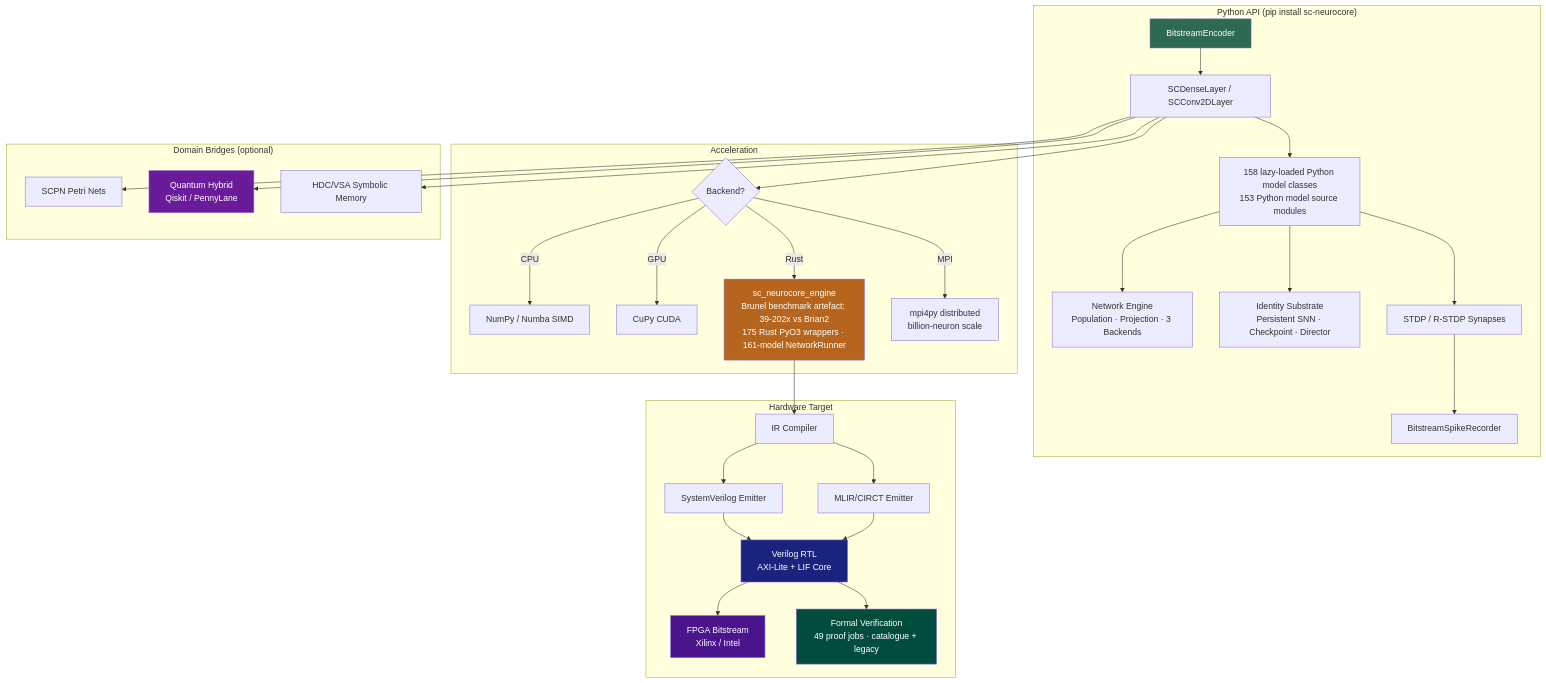
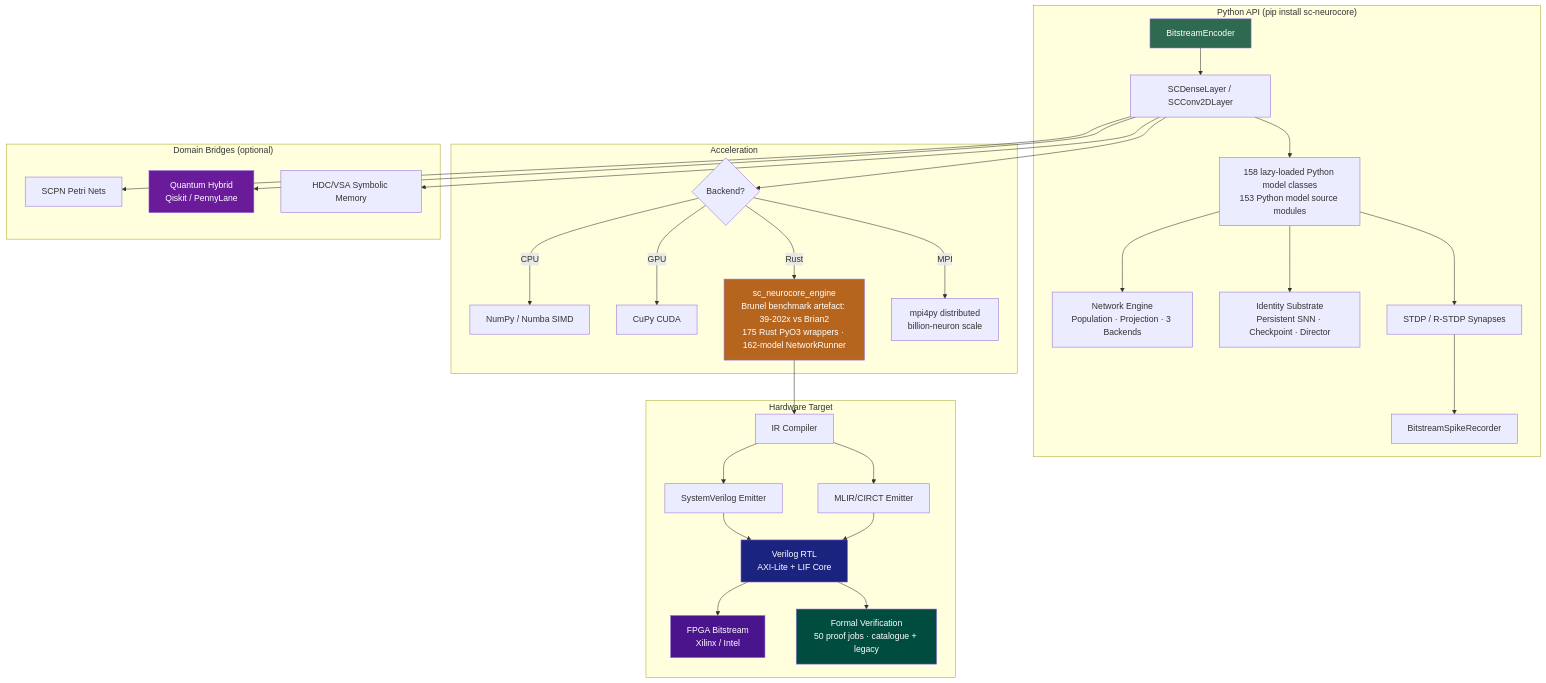
One commit to anulum/sc-neurocore changed the diagram in README.md. Above: the diagram before and after it, drawn with Mermaid. The commit also changed other lines of this file and 61 other files, not shown here.

````diff
--- a/README.md
+++ b/README.md
@@ -357,42 +357,42 @@
 ```mermaid
 graph TD
     subgraph "Python API (pip install sc-neurocore)"
         A[BitstreamEncoder] --> B[SCDenseLayer / SCConv2DLayer]
         B --> C[158 lazy-loaded Python model classes<br/>153 Python model source modules]
         C --> NET[Network Engine<br/>Population · Projection · 3 Backends]
         C --> ID[Identity Substrate<br/>Persistent SNN · Checkpoint · Director]
         C --> D[STDP / R-STDP Synapses]
         D --> E[BitstreamSpikeRecorder]
     end
 
     subgraph "Acceleration"
         B --> F{Backend?}
         F -->|CPU| G[NumPy / Numba SIMD]
         F -->|GPU| H[CuPy CUDA]
-        F -->|Rust| I[sc_neurocore_engine<br/>Brunel benchmark artefact: 39-202x vs Brian2<br/>175 Rust PyO3 wrappers · 161-model NetworkRunner]
+        F -->|Rust| I[sc_neurocore_engine<br/>Brunel benchmark artefact: 39-202x vs Brian2<br/>175 Rust PyO3 wrappers · 162-model NetworkRunner]
         F -->|MPI| MPI[mpi4py distributed<br/>billion-neuron scale]
     end
 
     subgraph "Hardware Target"
         I --> J[IR Compiler]
         J --> K[SystemVerilog Emitter]
         J --> K2[MLIR/CIRCT Emitter]
         K --> L[Verilog RTL<br/>AXI-Lite + LIF Core]
         K2 --> L
         L --> M[FPGA Bitstream<br/>Xilinx / Intel]
-        L --> V[Formal Verification<br/>49 proof jobs · catalogue + legacy]
+        L --> V[Formal Verification<br/>50 proof jobs · catalogue + legacy]
     end
 
     subgraph "Domain Bridges (optional)"
         B --> N[SCPN Petri Nets]
         B --> O[Quantum Hybrid<br/>Qiskit / PennyLane]
         B --> P[HDC/VSA Symbolic Memory]
     end
 
     style A fill:#2d6a4f,color:#fff
     style I fill:#b5651d,color:#fff
     style L fill:#1a237e,color:#fff
     style M fill:#4a148c,color:#fff
     style O fill:#6a1b9a,color:#fff
     style V fill:#004d40,color:#fff
 ```
````
